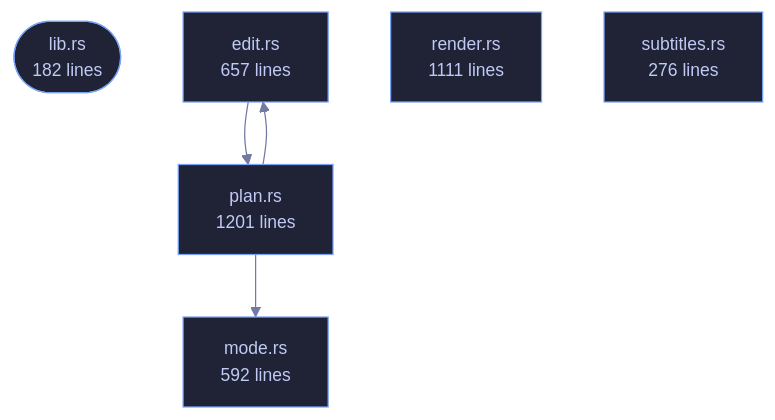
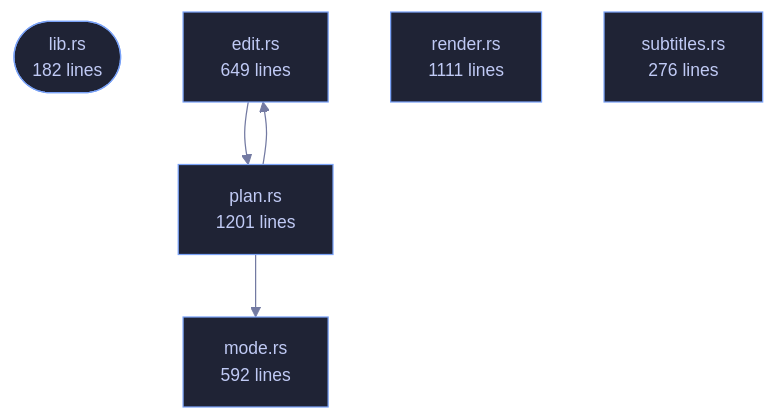
The diagram in crates/veilvoice-conversation/README.md (tilas01/veilvoice), drawn with Mermaid before and after one commit. The commit also changed other lines of this file and 59 other files, not shown here.

````diff
--- a/crates/veilvoice-conversation/README.md
+++ b/crates/veilvoice-conversation/README.md
@@ -104,19 +104,19 @@
 ```mermaid
 %%{init: {"theme":"base","themeVariables":{"background":"#1a1b26","primaryColor":"#1f2335","primaryTextColor":"#c0caf5","primaryBorderColor":"#7aa2f7","secondaryColor":"#16161e","tertiaryColor":"#16161e","lineColor":"#737aa2","textColor":"#c0caf5","mainBkg":"#1f2335","nodeBorder":"#7aa2f7","clusterBkg":"#16161e","clusterBorder":"#2f3549","fontFamily":"ui-monospace, SFMono-Regular, Consolas, monospace","fontSize":"14px"}}}%%
 flowchart TD
     n_lib(["lib.rs<br/>182 lines"])
-    n_edit["edit.rs<br/>657 lines"]
+    n_edit["edit.rs<br/>649 lines"]
     n_mode["mode.rs<br/>592 lines"]
     n_plan["plan.rs<br/>1201 lines"]
     n_render["render.rs<br/>1111 lines"]
     n_subtitles["subtitles.rs<br/>276 lines"]
     n_edit --> n_plan
     n_plan --> n_edit
     n_plan --> n_mode
     click n_lib href "https://github.com/tilas01/veilvoice/blob/main/crates/veilvoice-conversation/src/lib.rs" "open the source"
     click n_edit href "https://github.com/tilas01/veilvoice/blob/main/crates/veilvoice-conversation/src/edit.rs" "open the source"
     click n_mode href "https://github.com/tilas01/veilvoice/blob/main/crates/veilvoice-conversation/src/mode.rs" "open the source"
     click n_plan href "https://github.com/tilas01/veilvoice/blob/main/crates/veilvoice-conversation/src/plan.rs" "open the source"
     click n_render href "https://github.com/tilas01/veilvoice/blob/main/crates/veilvoice-conversation/src/render.rs" "open the source"
     click n_subtitles href "https://github.com/tilas01/veilvoice/blob/main/crates/veilvoice-conversation/src/subtitles.rs" "open the source"
 ```
````
